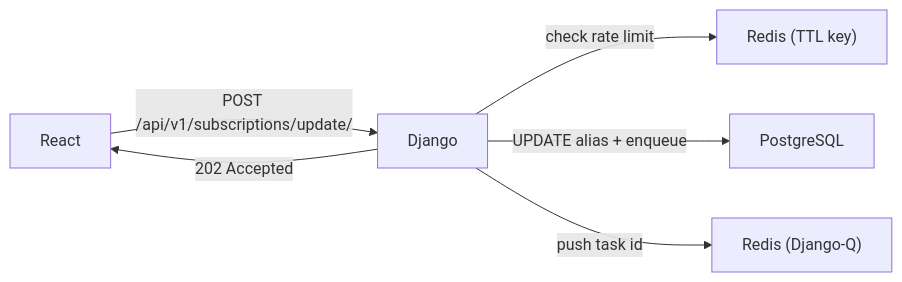
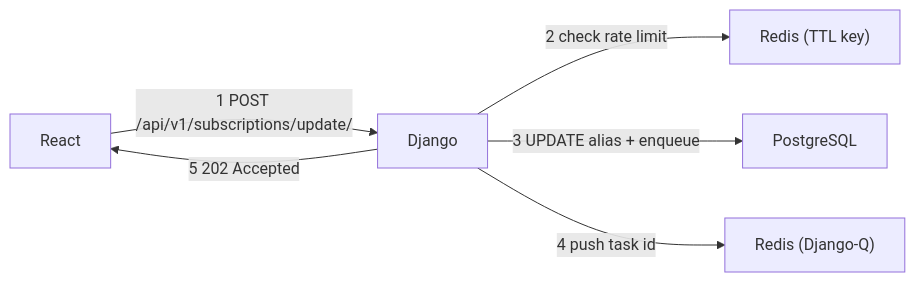
The third of 4 diagrams in docs/architecture.md (QWERTYPIG/2026-NASA3-Mail-Subscription), drawn with Mermaid before and after one commit. The commit also changed other lines of this file and 1 other file, not shown here.

````diff
--- a/docs/architecture.md
+++ b/docs/architecture.md
@@ -44,8 +44,8 @@
 ```mermaid
 flowchart LR
-  React["React"] -->|POST /api/v1/subscriptions/update/| Django["Django"]
-  Django -->|check rate limit| RedisTTL["Redis (TTL key)"]
-  Django -->|UPDATE alias + enqueue| PostgreSQL["PostgreSQL"]
-  Django -->|push task id| RedisQ["Redis (Django-Q)"]
-  Django -->|202 Accepted| React
+  React["React"] -->|1 POST /api/v1/subscriptions/update/| Django["Django"]
+  Django -->|2 check rate limit| RedisTTL["Redis (TTL key)"]
+  Django -->|3 UPDATE alias + enqueue| PostgreSQL["PostgreSQL"]
+  Django -->|4 push task id| RedisQ["Redis (Django-Q)"]
+  Django -->|5 202 Accepted| React
 ```
````
